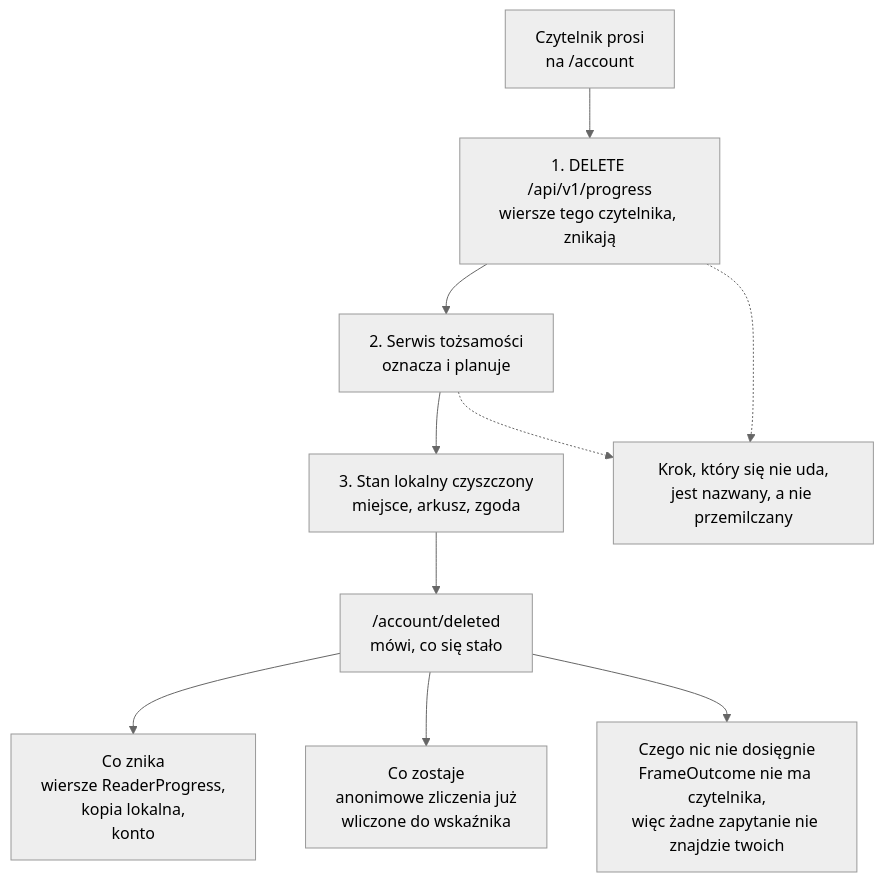
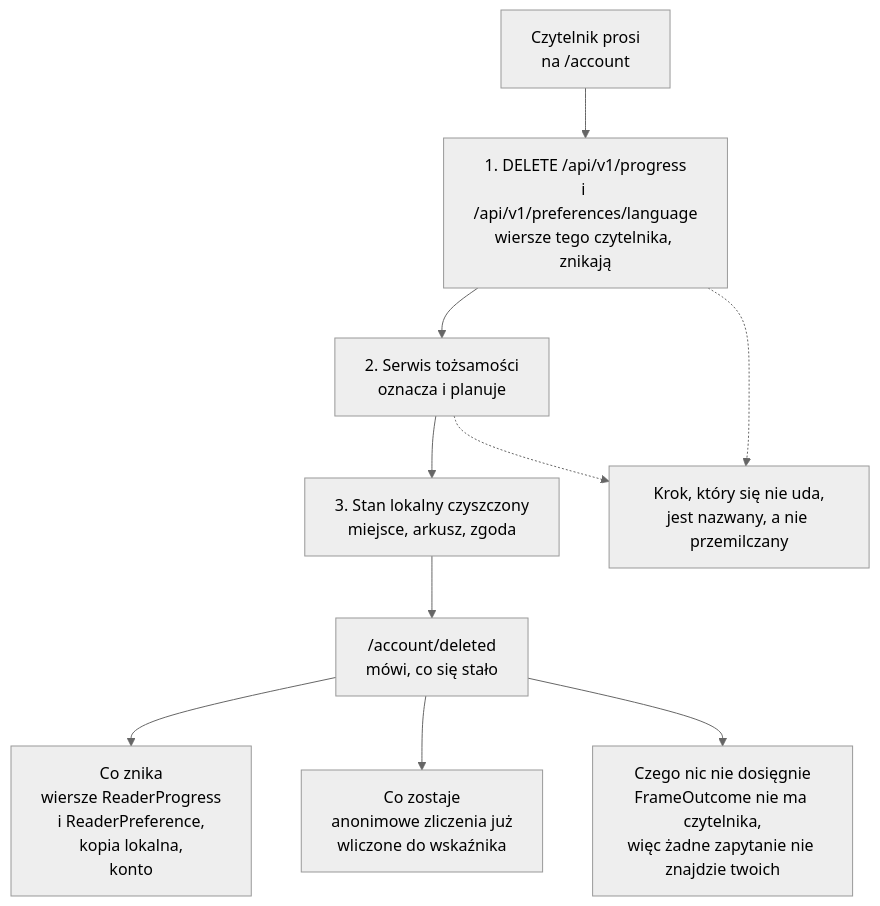
One commit to konradcinkusz/ab-ove changed the diagram in docs/diagrams/b6-deletion.pl.mmd. Above: the diagram before and after it, drawn with Mermaid (neutral theme). The commit also changed 79 other files, not shown here.

```diff
--- a/docs/diagrams/b6-deletion.pl.mmd
+++ b/docs/diagrams/b6-deletion.pl.mmd
@@ -1,34 +1,39 @@
 %% Usunięcie konta: co znika, co zostaje i czego żadne usunięcie nie dosięgnie.
 %% JEDEN DIAGRAM NA PLIK. UTF-8. Dlaczego nie ASCII: patrz a1-system-context.pl.mmd.
 
-%% MIEJSCE W LEKTURZE ZNIKA PIERWSZE, A EKRAN MÓWI, CZEGO NIE DOSIĘGNIE (ADR-0021). Wynik
-%% nie niesie czytelnika, więc nic nie potrafi znaleźć wierszy, które były twoje - a zatem
-%% wkładu wliczonego już do wskaźnika nie da się wycofać. To jest cena strukturalnej
-%% nieobecności, dzięki której ocena pojedynczego czytelnika jest nie do zbudowania, i
-%% czytelnik ją słyszy, zamiast zakładać coś przeciwnego.
+%% KAŻDY WIERSZ ZWIĄZANY Z CZYTELNIKIEM ZNIKA PIERWSZY, A EKRAN MÓWI, CZEGO NIE DOSIĘGNIE
+%% (ADR-0021). Kolejność wynika z PODMIOTU: gdy serwis tożsamości oznaczy konto, nikt już nie
+%% zaloguje się jako ten podmiot, więc cokolwiek pozostanie pod nim w apidb, jest na zawsze
+%% poza zasięgiem czytelnika. Dotyczy to wybranej edycji (ADR-0048) dokładnie tak jak miejsca
+%% w lekturze - i dlatego oba znikają przed kontem, a nie po nim.
+
+%% A PONIEWAŻ WYNIK NIE NIESIE CZYTELNIKA, nic nie potrafi znaleźć wierszy, które były twoje
+%% - a zatem wkładu wliczonego już do wskaźnika nie da się wycofać. To jest cena
+%% strukturalnej nieobecności, dzięki której ocena pojedynczego czytelnika jest nie do
+%% zbudowania, i czytelnik ją słyszy, zamiast zakładać coś przeciwnego.
 
 %% SERWIS TOŻSAMOŚCI OZNACZA I PLANUJE, A NIE WYMAZUJE. To repozytorium nie posiada authdb i
 %% nie składa deklaracji w jego imieniu; ekran mówi, co robi serwis tożsamości, jego
 %% własnymi słowami.
 
 %% EKRAN, KTÓRY SUGEROWAŁBY INACZEJ, DEKLAROWAŁBY MOŻLIWOŚĆ, KTÓREJ SCHEMAT CELOWO NIE MA.
 
 flowchart TD
   ASK["Czytelnik prosi<br/>na /account"]
-  P1["1. DELETE /api/v1/progress<br/>wiersze tego czytelnika, znikają"]
+  P1["1. DELETE /api/v1/progress<br/>i /api/v1/preferences/language<br/>wiersze tego czytelnika, znikają"]
   P2["2. Serwis tożsamości<br/>oznacza i planuje"]
   P3["3. Stan lokalny czyszczony<br/>miejsce, arkusz, zgoda"]
   DONE["/account/deleted<br/>mówi, co się stało"]
 
-  GONE["Co znika<br/>wiersze ReaderProgress,<br/>kopia lokalna,<br/>konto"]
+  GONE["Co znika<br/>wiersze ReaderProgress<br/>i ReaderPreference,<br/>kopia lokalna,<br/>konto"]
   STAYS["Co zostaje<br/>anonimowe zliczenia już<br/>wliczone do wskaźnika"]
   CANNOT["Czego nic nie dosięgnie<br/>FrameOutcome nie ma czytelnika,<br/>więc żadne zapytanie nie znajdzie twoich"]
 
   ASK --> P1 --> P2 --> P3 --> DONE
   DONE --> GONE
   DONE --> STAYS
   DONE --> CANNOT
 
   PROBLEM["Krok, który się nie uda,<br/>jest nazwany, a nie przemilczany"]
   P2 -.-> PROBLEM
   P1 -.-> PROBLEM
```
